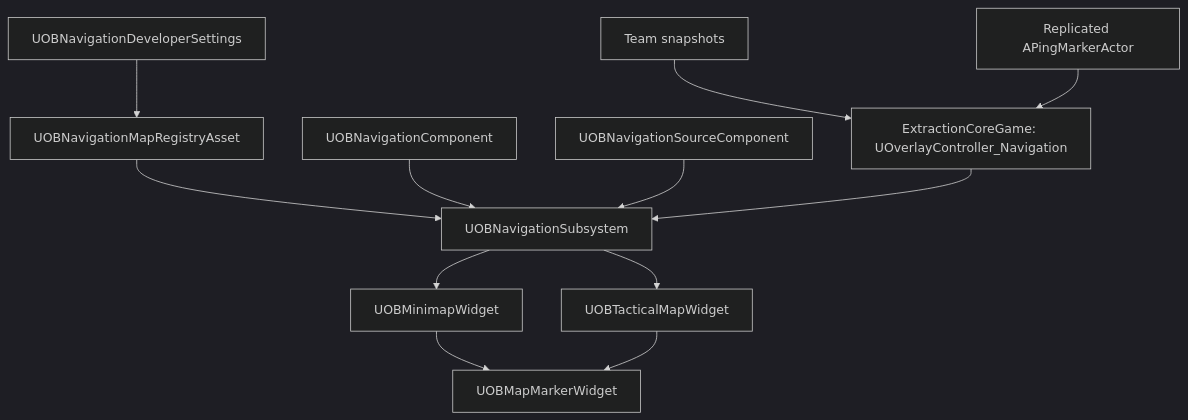
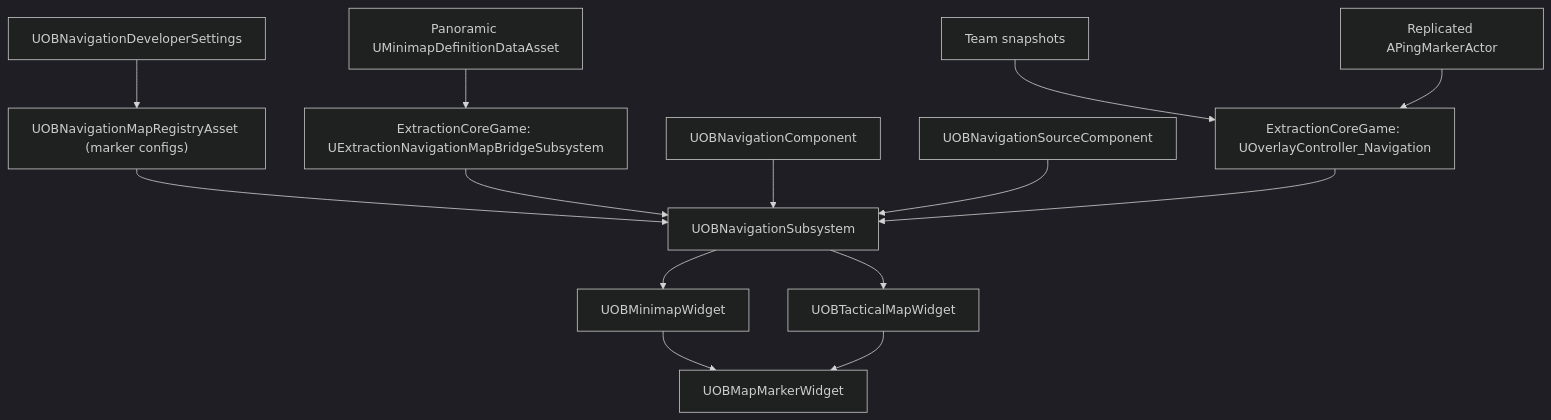
Before and after one commit to oaiba/OBNavigation: the diagram in README.md, drawn with Mermaid (dark theme). The commit also changed other lines of this file and 11 other files, not shown here.

````diff
--- a/README.md
+++ b/README.md
@@ -29,26 +31,30 @@
 ```mermaid
 flowchart TD
-    Registry["UOBNavigationMapRegistryAsset"]
+    Registry["UOBNavigationMapRegistryAsset (marker configs)"]
+    Panoramic["Panoramic UMinimapDefinitionDataAsset"]
+    MapBridge["ExtractionCoreGame: UExtractionNavigationMapBridgeSubsystem"]
     Settings["UOBNavigationDeveloperSettings"]
     Subsystem["UOBNavigationSubsystem"]
     Source["UOBNavigationSourceComponent"]
     NavComp["UOBNavigationComponent"]
     Bridge["ExtractionCoreGame: UOverlayController_Navigation"]
     Team["Team snapshots"]
     Pings["Replicated APingMarkerActor"]
     Minimap["UOBMinimapWidget"]
     Tactical["UOBTacticalMapWidget"]
     MarkerWidget["UOBMapMarkerWidget"]
 
     Settings --> Registry
     Registry --> Subsystem
+    Panoramic --> MapBridge
+    MapBridge --> Subsystem
     NavComp --> Subsystem
     Source --> Subsystem
     Team --> Bridge
     Pings --> Bridge
     Bridge --> Subsystem
     Subsystem --> Minimap
     Subsystem --> Tactical
     Minimap --> MarkerWidget
     Tactical --> MarkerWidget
 ```
````
